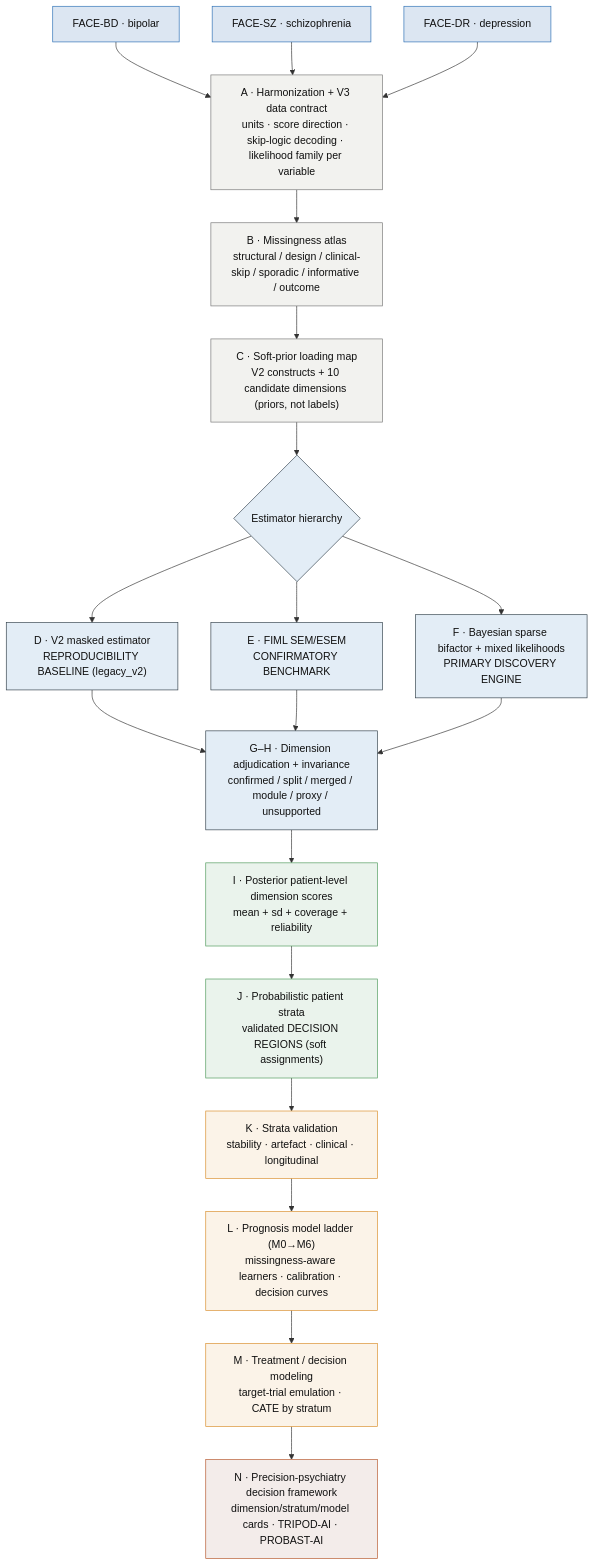
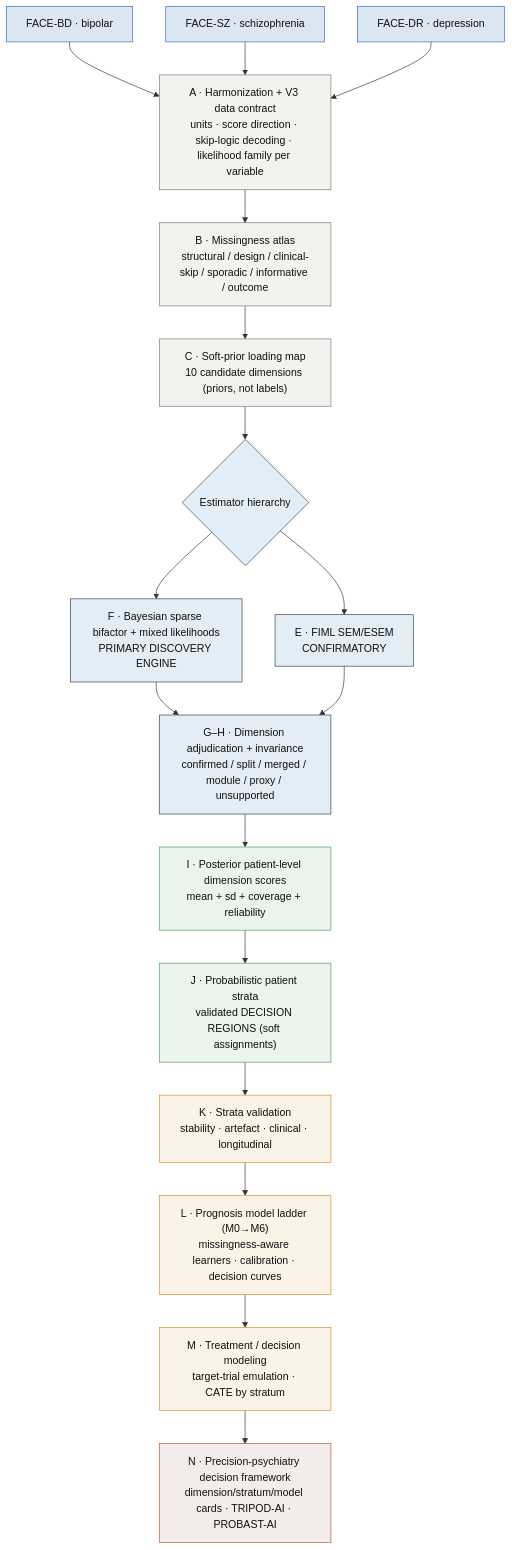
Before and after one commit to AndriiKulakovskyi/face-trans-diagnostic-phenotypes: the diagram in docs/PIPELINE.md, drawn with Mermaid. The commit also changed other lines of this file and 11 other files, not shown here.

````diff
--- a/docs/PIPELINE.md
+++ b/docs/PIPELINE.md
@@ -27,36 +23,34 @@
 ```mermaid
 flowchart TB
     classDef data  fill:#DCE6F2,stroke:#2C6FB5,color:#111
     classDef proc  fill:#F2F2EF,stroke:#777,color:#111
     classDef model fill:#E3EDF6,stroke:#33414b,color:#111
     classDef arm   fill:#EAF3EC,stroke:#4E9A5B,color:#111
     classDef val   fill:#FBF3E8,stroke:#D98E2B,color:#111
     classDef out   fill:#F3ECEA,stroke:#B5562B,color:#111
 
     BP["FACE-BD · bipolar"]:::data
     SZ["FACE-SZ · schizophrenia"]:::data
     DR["FACE-DR · depression"]:::data
     BP --> H
     SZ --> H
     DR --> H
 
     H["A · Harmonization + V3 data contract<br/>units · score direction · skip-logic decoding · likelihood family per variable"]:::proc
     H --> MISS["B · Missingness atlas<br/>structural / design / clinical-skip / sporadic / informative / outcome"]:::proc
-    MISS --> PRIOR["C · Soft-prior loading map<br/>V2 constructs + 10 candidate dimensions (priors, not labels)"]:::proc
+    MISS --> PRIOR["C · Soft-prior loading map<br/>10 candidate dimensions (priors, not labels)"]:::proc
     PRIOR --> EST{"Estimator hierarchy"}:::model
 
-    EST --> BENCH["D · V2 masked estimator<br/>REPRODUCIBILITY BASELINE (legacy_v2)"]:::model
-    EST --> FIML["E · FIML SEM/ESEM<br/>CONFIRMATORY BENCHMARK"]:::model
     EST --> BAYES["F · Bayesian sparse bifactor + mixed likelihoods<br/>PRIMARY DISCOVERY ENGINE"]:::model
+    EST --> FIML["E · FIML SEM/ESEM<br/>CONFIRMATORY"]:::model
 
-    BENCH --> ADJ
+    BAYES --> ADJ
     FIML --> ADJ
-    BAYES --> ADJ
     ADJ["G–H · Dimension adjudication + invariance<br/>confirmed / split / merged / module / proxy / unsupported"]:::model
     ADJ --> SCORE["I · Posterior patient-level dimension scores<br/>mean + sd + coverage + reliability"]:::arm
     SCORE --> STRATA["J · Probabilistic patient strata<br/>validated DECISION REGIONS (soft assignments)"]:::arm
     STRATA --> KVAL["K · Strata validation<br/>stability · artefact · clinical · longitudinal"]:::val
     KVAL --> PROG["L · Prognosis model ladder (M0→M6)<br/>missingness-aware learners · calibration · decision curves"]:::val
     PROG --> TREAT["M · Treatment / decision modeling<br/>target-trial emulation · CATE by stratum"]:::val
     TREAT --> O["N · Precision-psychiatry decision framework<br/>dimension/stratum/model cards · TRIPOD-AI · PROBAST-AI"]:::out
 ```
````
